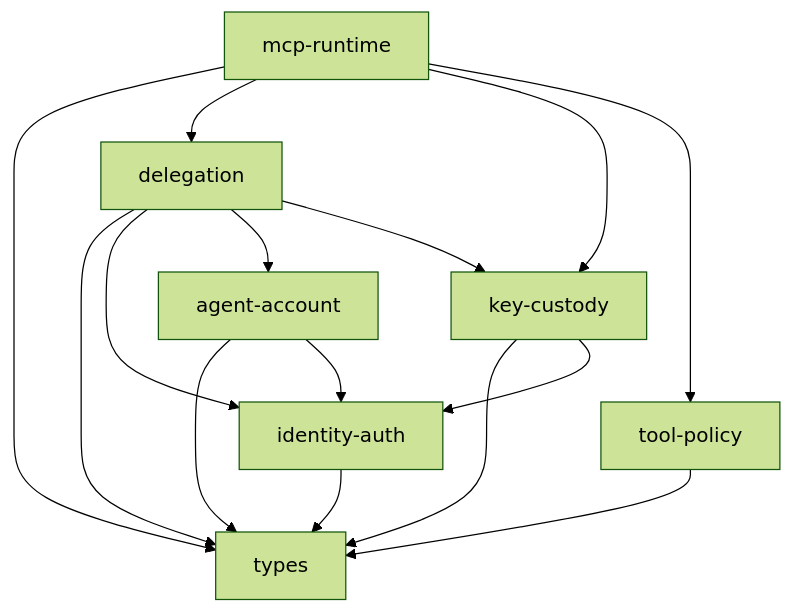
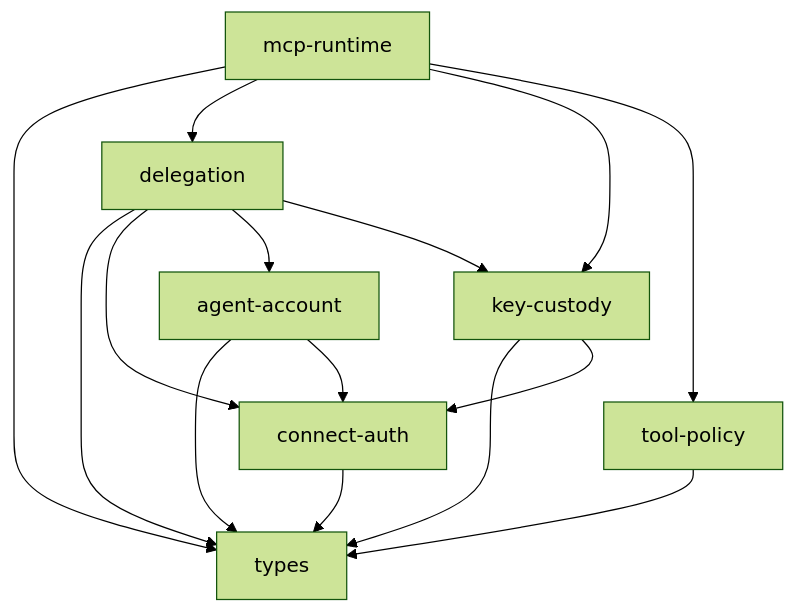
One commit to rpedersen3/agenticprimitives-6-17-26 changed the first of 2 diagrams in docs/architecture/product-readiness-audit.md. Above: the diagram before and after it, drawn with Mermaid (forest theme). The commit also changed other lines of this file and 125 other files, not shown here.

````diff
--- a/docs/architecture/product-readiness-audit.md
+++ b/docs/architecture/product-readiness-audit.md
@@ -152,25 +152,25 @@
 ```mermaid
 flowchart TD
   types["types"]
-  identityAuth["identity-auth"]
+  identityAuth["connect-auth"]
   agentAccount["agent-account"]
   keyCustody["key-custody"]
   delegation["delegation"]
   toolPolicy["tool-policy"]
   mcpRuntime["mcp-runtime"]
 
   identityAuth --> types
   agentAccount --> types
   agentAccount --> identityAuth
   keyCustody --> types
   keyCustody --> identityAuth
   delegation --> types
   delegation --> identityAuth
   delegation --> agentAccount
   delegation --> keyCustody
   toolPolicy --> types
   mcpRuntime --> types
   mcpRuntime --> delegation
   mcpRuntime --> keyCustody
   mcpRuntime --> toolPolicy
 ```
````
